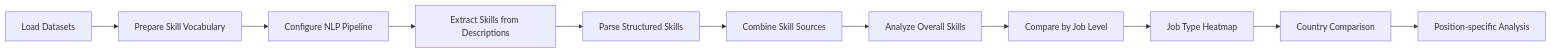
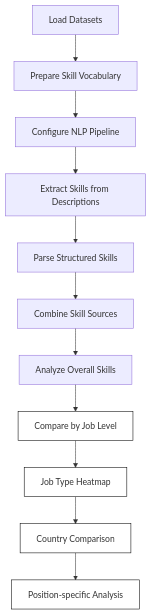
Before and after one commit to Emptine77/Projects: the first of 2 diagrams in README.md, drawn with Mermaid.

````diff
--- a/README.md
+++ b/README.md
@@ -43,13 +43,23 @@
 ```mermaid
-graph LR
+graph TD
     A[Load Datasets] --> B[Prepare Skill Vocabulary]
     B --> C[Configure NLP Pipeline]
     C --> D[Extract Skills from Descriptions]
     D --> E[Parse Structured Skills]
     E --> F[Combine Skill Sources]
     F --> G[Analyze Overall Skills]
+    
+    %% Переход вниз
     G --> H[Compare by Job Level]
+    
+    %% Имитируем второй ряд справа налево
     H --> I[Job Type Heatmap]
     I --> J[Country Comparison]
     J --> K[Position-specific Analysis]
+
+    %% Скрытые узлы и стили (для выравнивания)
+    style H fill:#fff,stroke:#000,stroke-width:1px
+    style I fill:#fff,stroke:#000,stroke-width:1px
+    style J fill:#fff,stroke:#000,stroke-width:1px
+    style K fill:#fff,stroke:#000,stroke-width:1px
 ```
````
